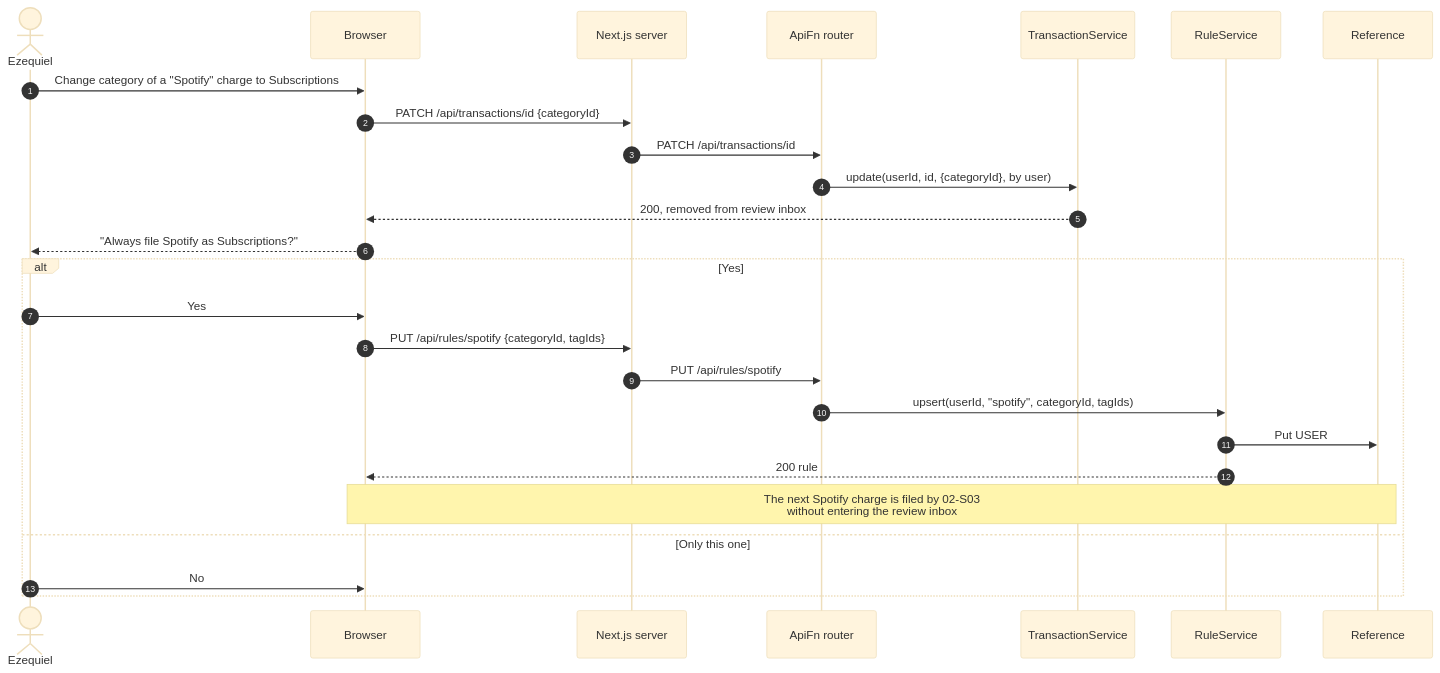
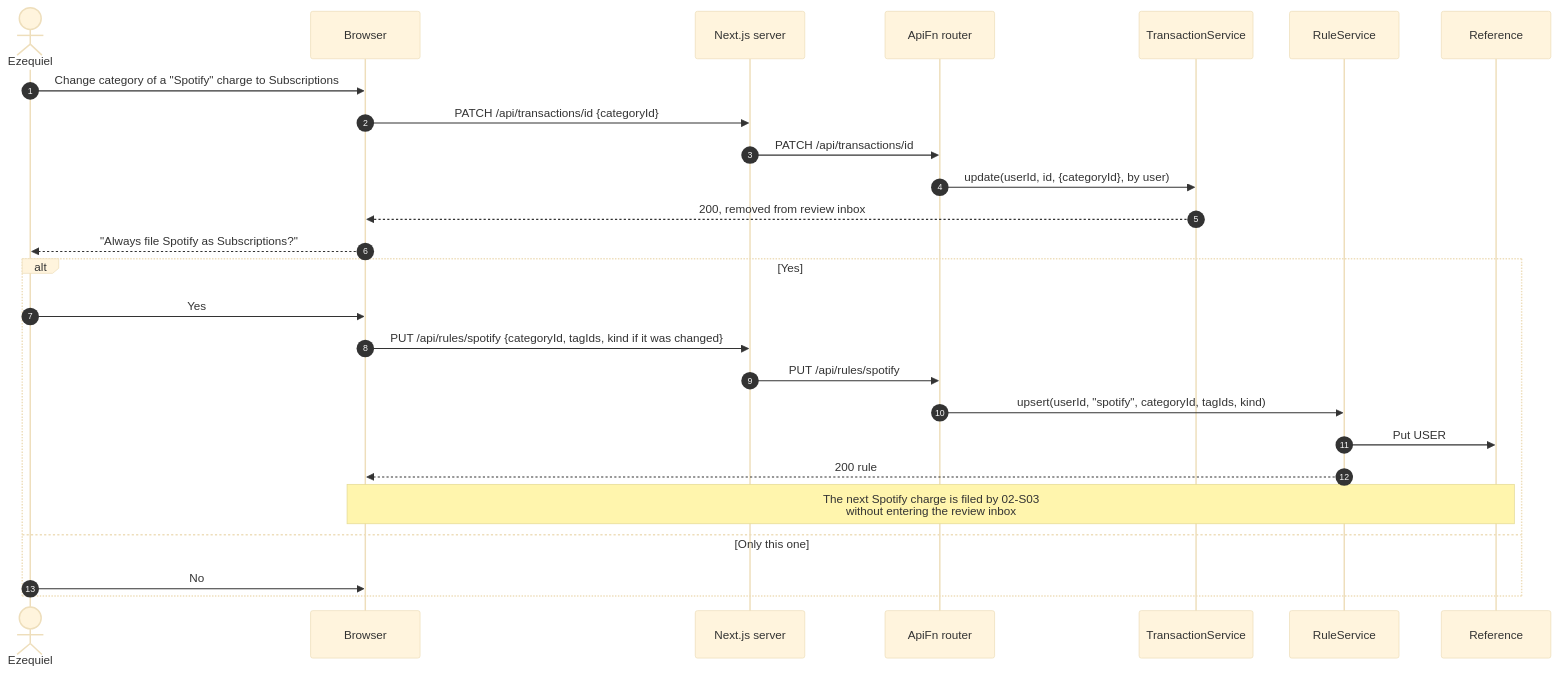
The third of 4 diagrams in docs/diagrams/sequences/02-categorization-and-rules.md (Ezequiel294/cs3365-finance-app), drawn with Mermaid (base theme) before and after one commit. The commit also changed other lines of this file and 15 other files, not shown here.

Commit message:
attempt 2 diagram/architecture changes

````diff
--- a/docs/diagrams/sequences/02-categorization-and-rules.md
+++ b/docs/diagrams/sequences/02-categorization-and-rules.md
@@ -108,29 +112,29 @@
 ```mermaid
 sequenceDiagram
     autonumber
     actor U as Ezequiel
     participant UI as Browser
     participant Web as Next.js server
     participant API as ApiFn router
     participant TS as TransactionService
     participant RlS as RuleService
     participant Ref as Reference
 
     U->>UI: Change category of a "Spotify" charge to Subscriptions
     UI->>Web: PATCH /api/transactions/id {categoryId}
     Web->>API: PATCH /api/transactions/id
     API->>TS: update(userId, id, {categoryId}, by user)
     TS-->>UI: 200, removed from review inbox
     UI-->>U: "Always file Spotify as Subscriptions?"
     alt Yes
         U->>UI: Yes
-        UI->>Web: PUT /api/rules/spotify {categoryId, tagIds}
+        UI->>Web: PUT /api/rules/spotify {categoryId, tagIds, kind if it was changed}
         Web->>API: PUT /api/rules/spotify
-        API->>RlS: upsert(userId, "spotify", categoryId, tagIds)
+        API->>RlS: upsert(userId, "spotify", categoryId, tagIds, kind)
         RlS->>Ref: Put USER#id / RULE#spotify
         RlS-->>UI: 200 rule
         Note over UI,Ref: The next Spotify charge is filed by 02-S03<br/>without entering the review inbox
     else Only this one
         U->>UI: No
     end
 ```
````
